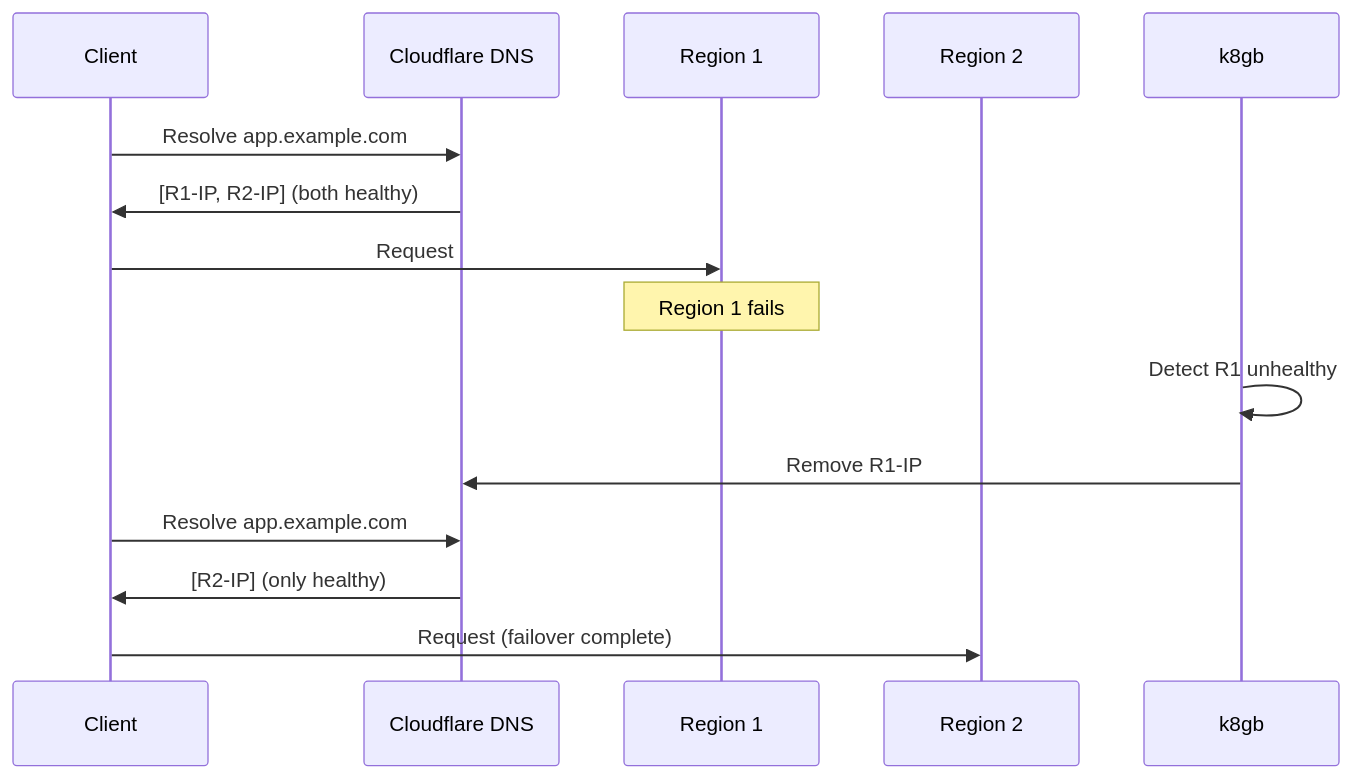
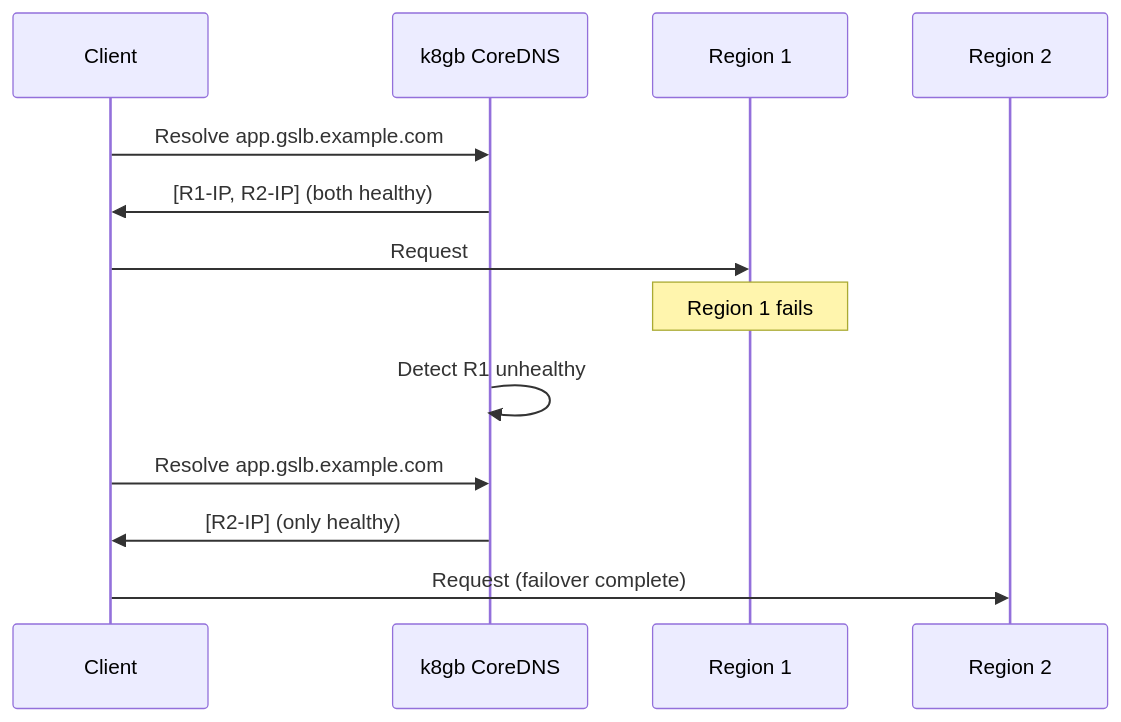
One commit to openova-io/handbook changed the fifth of 6 diagrams in docs/specs/SPEC-DNS-FAILOVER.md. Above: the diagram before and after it, drawn with Mermaid. The commit also changed other lines of this file and 19 other files, not shown here.

First line of the commit message:
docs: update architecture for Cilium Service Mesh and Gitea

````diff
--- a/docs/specs/SPEC-DNS-FAILOVER.md
+++ b/docs/specs/SPEC-DNS-FAILOVER.md
@@ -236,21 +314,19 @@
 ```mermaid
 sequenceDiagram
     participant C as Client
-    participant DNS as Cloudflare DNS
+    participant K8GB as k8gb CoreDNS
     participant R1 as Region 1
     participant R2 as Region 2
-    participant K8GB as k8gb
 
-    C->>DNS: Resolve app.example.com
-    DNS->>C: [R1-IP, R2-IP] (both healthy)
+    C->>K8GB: Resolve app.gslb.example.com
+    K8GB->>C: [R1-IP, R2-IP] (both healthy)
     C->>R1: Request
 
     Note over R1: Region 1 fails
 
     K8GB->>K8GB: Detect R1 unhealthy
-    K8GB->>DNS: Remove R1-IP
 
-    C->>DNS: Resolve app.example.com
-    DNS->>C: [R2-IP] (only healthy)
+    C->>K8GB: Resolve app.gslb.example.com
+    K8GB->>C: [R2-IP] (only healthy)
     C->>R2: Request (failover complete)
 ```
````
